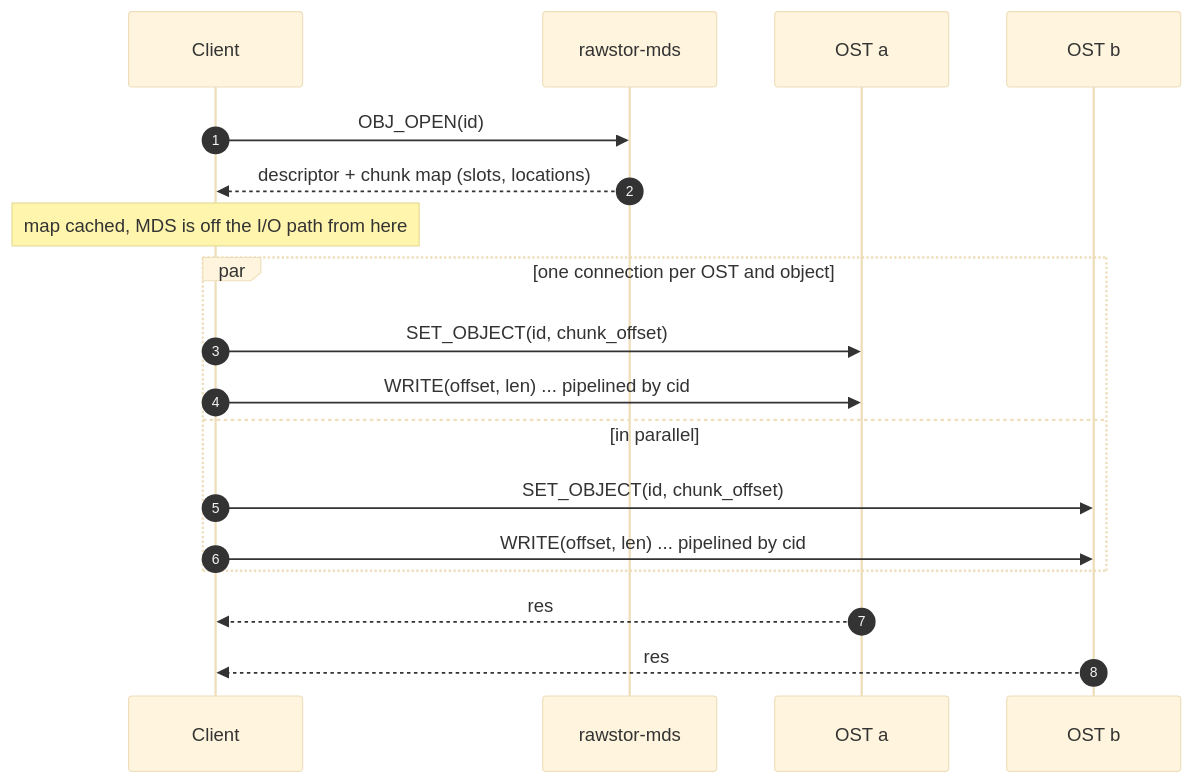
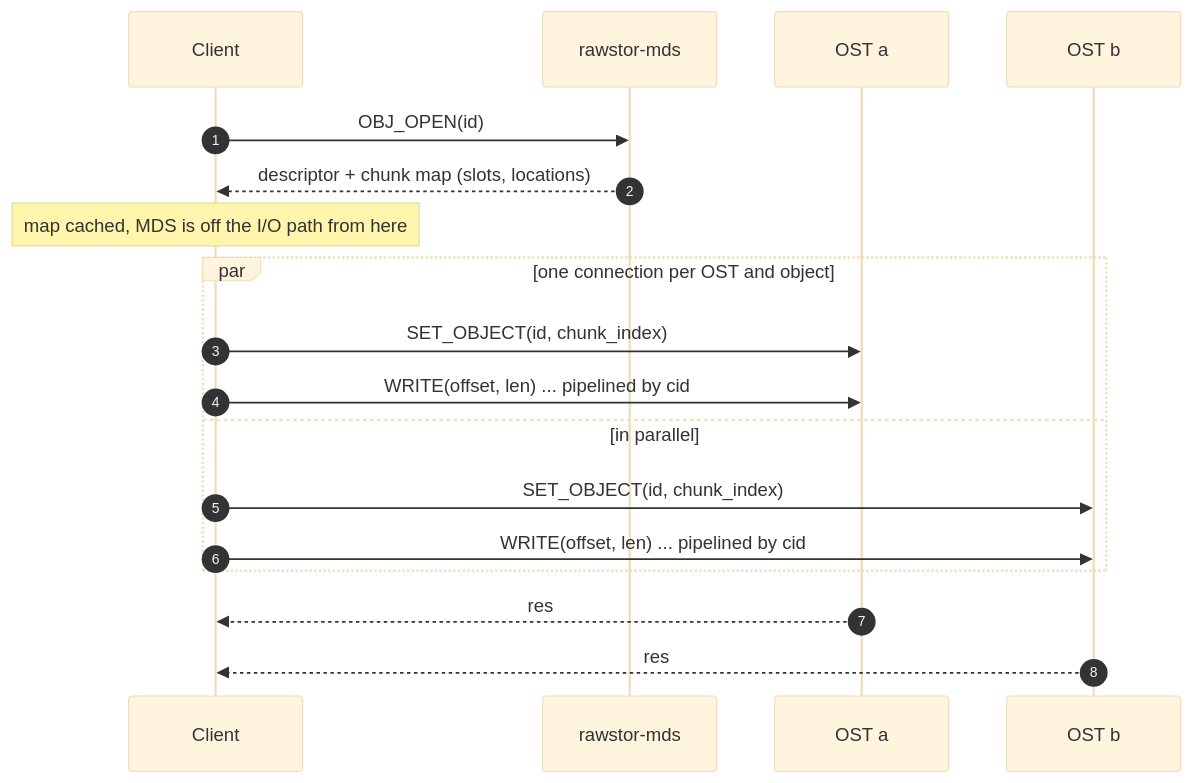
Before and after one commit to rawstor/librawstor: the fifth of 8 diagrams in docs/mds.md, drawn with Mermaid (base theme). The commit also changed other lines of this file and 58 other files, not shown here.

First line of the commit message:
ref(librawstor): address chunks by index instead of offset

````diff
--- a/docs/mds.md
+++ b/docs/mds.md
@@ -639,20 +637,20 @@
 ```mermaid
 sequenceDiagram
     autonumber
     participant C as Client
     participant M as rawstor-mds
     participant A as OST a
     participant B as OST b
     C->>M: OBJ_OPEN(id)
     M-->>C: descriptor + chunk map (slots, locations)
     Note over C: map cached, MDS is off the I/O path from here
     par one connection per OST and object
-        C->>A: SET_OBJECT(id, chunk_offset)
+        C->>A: SET_OBJECT(id, chunk_index)
         C->>A: WRITE(offset, len) ... pipelined by cid
     and in parallel
-        C->>B: SET_OBJECT(id, chunk_offset)
+        C->>B: SET_OBJECT(id, chunk_index)
         C->>B: WRITE(offset, len) ... pipelined by cid
     end
     A-->>C: res
     B-->>C: res
 ```
````
